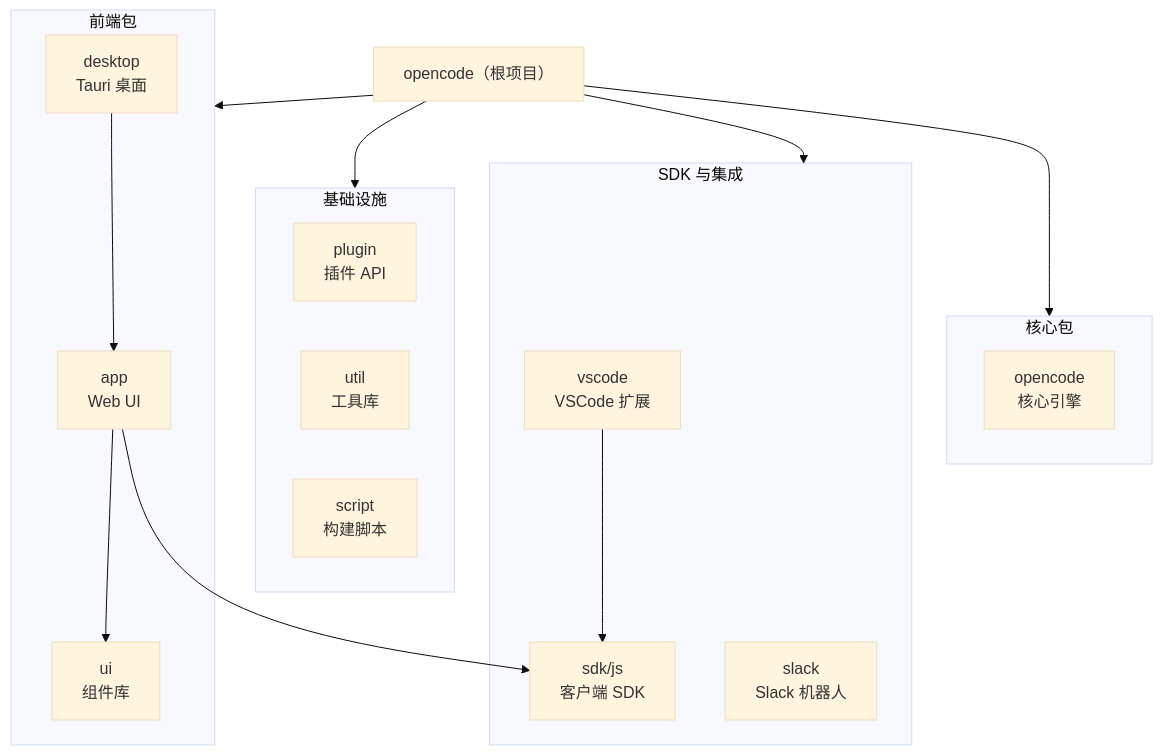
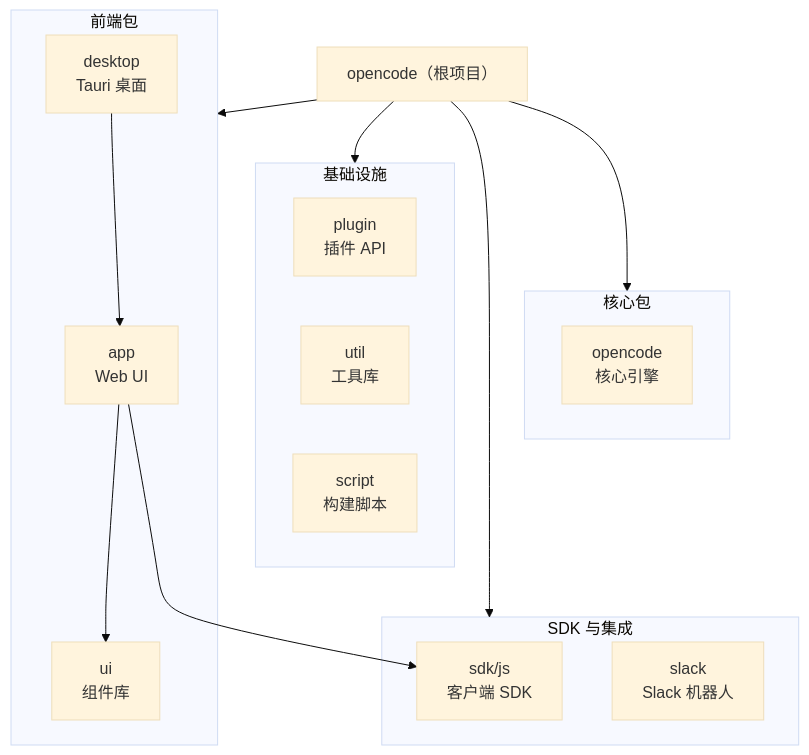
One commit to LeoNardo-LB/source-code-analysis changed the third of 4 diagrams in opencode/docs/00-源码学习路线图与架构总览.md. Above: the diagram before and after it, drawn with Mermaid (base theme). The commit also changed other lines of this file and 13 other files, not shown here.

````diff
--- a/opencode/docs/00-源码学习路线图与架构总览.md
+++ b/opencode/docs/00-源码学习路线图与架构总览.md
@@ -62,36 +62,34 @@
 ```mermaid
 graph TB
     Root["opencode（根项目）"]
 
     subgraph Core["核心包"]
         OC["opencode<br/>核心引擎"]
     end
 
     subgraph Frontend["前端包"]
         App["app<br/>Web UI"]
         Desktop["desktop<br/>Tauri 桌面"]
         UI["ui<br/>组件库"]
     end
 
     subgraph SubSDK["SDK 与集成"]
         SDK["sdk/js<br/>客户端 SDK"]
-        VSCode["vscode<br/>VSCode 扩展"]
         Slack["slack<br/>Slack 机器人"]
     end
 
     subgraph Infra["基础设施"]
         Plugin["plugin<br/>插件 API"]
         Util["util<br/>工具库"]
         Script["script<br/>构建脚本"]
     end
 
     Root --> Core
     Root --> Frontend
     Root --> SubSDK
     Root --> Infra
 
     App --> SDK
     App --> UI
     Desktop --> App
-    VSCode --> SDK
 ```
````
